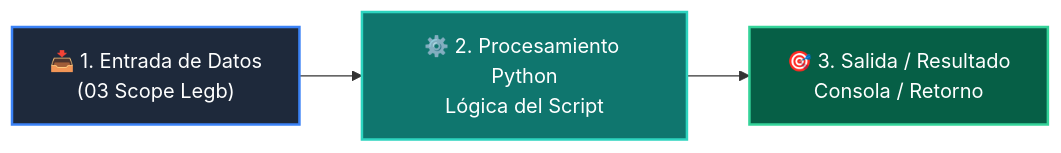
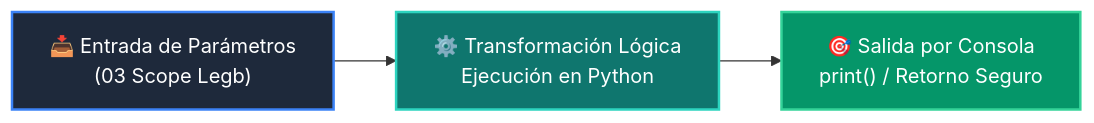
Before and after one commit to wisrovi/wisrovi-python: the diagram in 01-fundamentos-python/clase-07-funciones/ejemplos/ejemplo_03_scope_legb/README.md, drawn with Mermaid. The commit also changed other lines of this file and 226 other files, not shown here.

Commit message:
docs: elevate all repository READMEs to world-class mastery standard with rich pedagogical architecture, custom Mermaids, and professional styling

````diff
--- a/01-fundamentos-python/clase-07-funciones/ejemplos/ejemplo_03_scope_legb/README.md
+++ b/01-fundamentos-python/clase-07-funciones/ejemplos/ejemplo_03_scope_legb/README.md
@@ -12,9 +19,9 @@
 ```mermaid
 flowchart LR
-    A["📥 1. Entrada de Datos<br/>(03 Scope Legb)"] --> B["⚙️ 2. Procesamiento Python<br/>Lógica del Script"]
-    B --> C["🎯 3. Salida / Resultado<br/>Consola / Retorno"]
+    A["📥 Entrada de Parámetros<br/>(03 Scope Legb)"] --> B["⚙️ Transformación Lógica<br/>Ejecución en Python"]
+    B --> C["🎯 Salida por Consola<br/>print() / Retorno Seguro"]
 
-    style A fill:#1e293b,color:#fff,stroke:#3b82f6,stroke-width:2px
-    style B fill:#0f766e,color:#fff,stroke:#2dd4bf,stroke-width:2px
-    style C fill:#065f46,color:#fff,stroke:#34d399,stroke-width:2px
+    style A fill:#1e293b,color:#ffffff,stroke:#3b82f6,stroke-width:2px
+    style B fill:#0f766e,color:#ffffff,stroke:#2dd4bf,stroke-width:2px
+    style C fill:#059669,color:#ffffff,stroke:#34d399,stroke-width:2px
 ```
````
